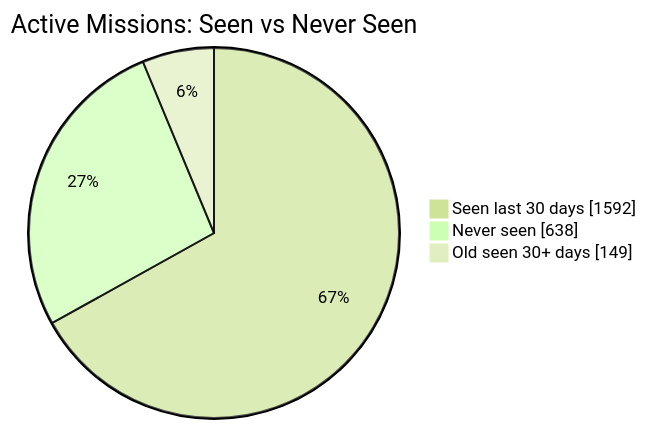
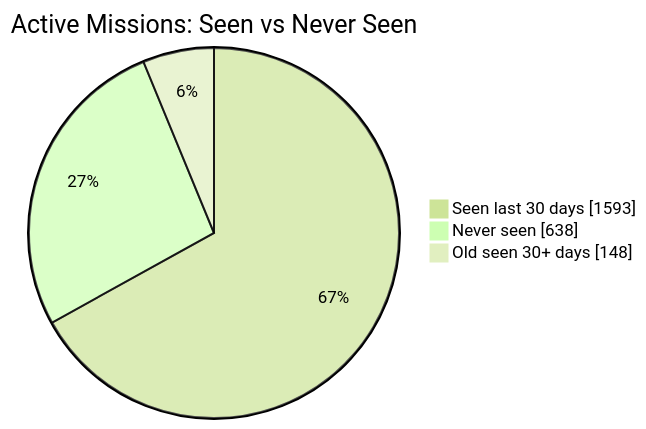
One commit to MeldkamerspelGameTeam/active-missions changed the first of 2 diagrams in README.md. Above: the diagram before and after it, drawn with Mermaid (forest theme). The commit also changed other lines of this file and 2 other files, not shown here.

````diff
--- a/README.md
+++ b/README.md
@@ -34,7 +34,7 @@
 ```mermaid
 pie showData
     title Active Missions: Seen vs Never Seen
-    "Seen last 30 days" : 1592
+    "Seen last 30 days" : 1593
     "Never seen" : 638
-    "Old seen 30+ days" : 149
+    "Old seen 30+ days" : 148
 ```
````
